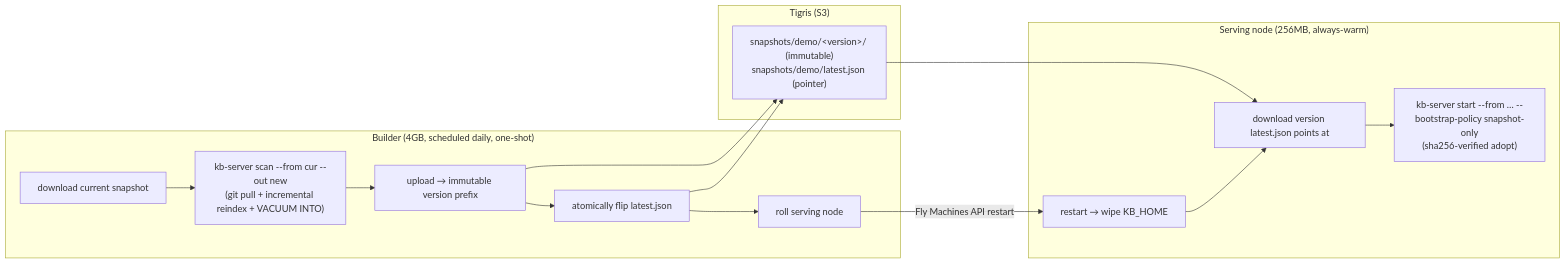
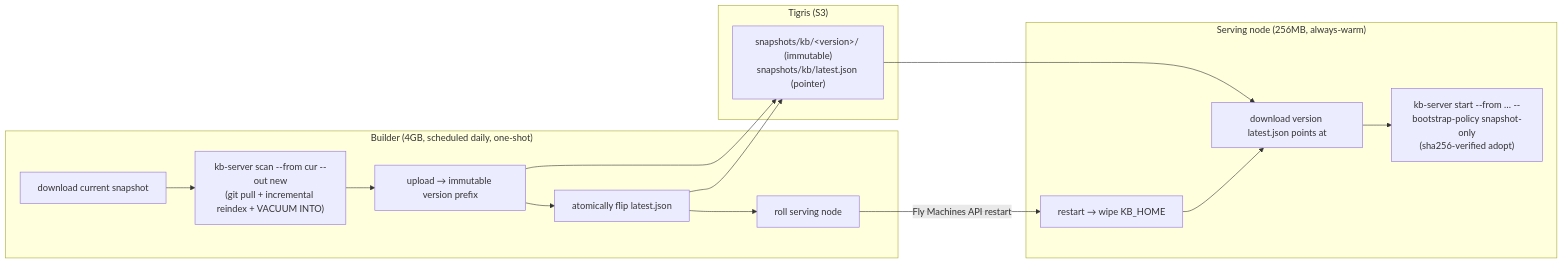
Before and after one commit to rosenjcb/kb: the diagram in FLY_ORCHESTRATION.md, drawn with Mermaid. The commit also changed other lines of this file and 5 other files, not shown here.

````diff
--- a/FLY_ORCHESTRATION.md
+++ b/FLY_ORCHESTRATION.md
@@ -49,24 +49,24 @@
 ```mermaid
 flowchart LR
   subgraph B ["Builder (4GB, scheduled daily, one-shot)"]
     B1["download current snapshot"]
     B2["kb-server scan --from cur --out new<br/>(git pull + incremental reindex + VACUUM INTO)"]
     B3["upload → immutable version prefix"]
     B4["atomically flip latest.json"]
     B5["roll serving node"]
     B1 --> B2 --> B3 --> B4 --> B5
   end
   subgraph T ["Tigris (S3)"]
-    P["snapshots/demo/&lt;version&gt;/ (immutable)<br/>snapshots/demo/latest.json (pointer)"]
+    P["snapshots/kb/&lt;version&gt;/ (immutable)<br/>snapshots/kb/latest.json (pointer)"]
   end
   subgraph S ["Serving node (256MB, always-warm)"]
     S1["restart → wipe KB_HOME"]
     S2["download version latest.json points at"]
     S3["kb-server start --from … --bootstrap-policy snapshot-only<br/>(sha256-verified adopt)"]
     S1 --> S2 --> S3
   end
   B3 --> P
   B4 --> P
   B5 -->|Fly Machines API restart| S1
   P --> S2
 ```
````
